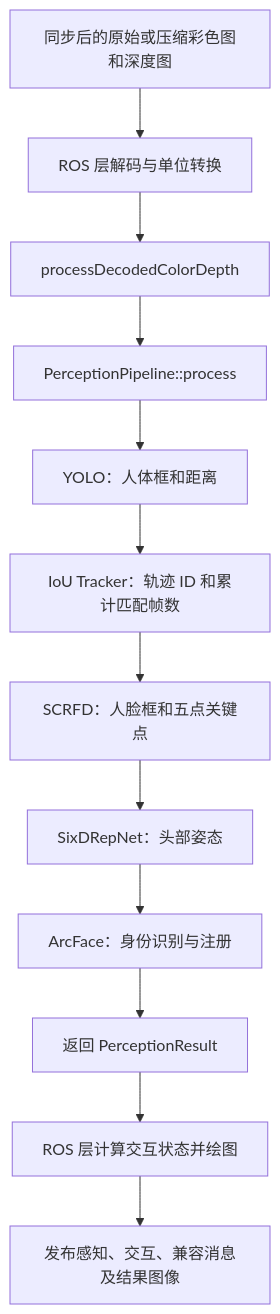
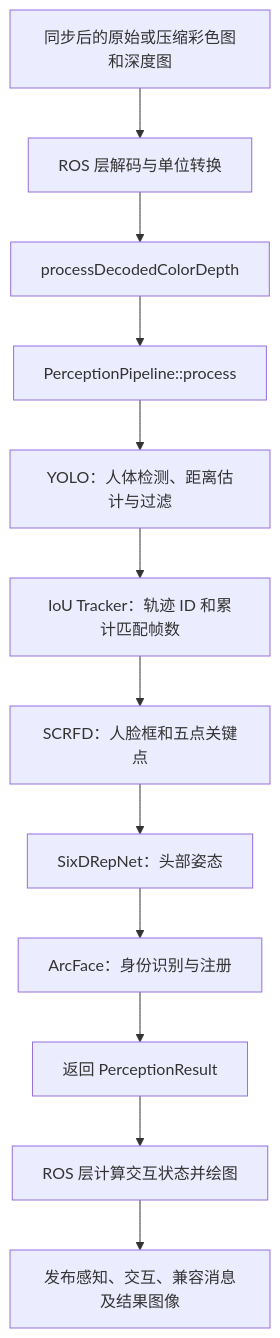
One commit to chj0728/vision_ws changed the first of 3 diagrams in src/trt_infer_ros/READM_pipeline.md. Above: the diagram before and after it, drawn with Mermaid. The commit also changed other lines of this file and 3 other files, not shown here.

````diff
--- a/src/trt_infer_ros/READM_pipeline.md
+++ b/src/trt_infer_ros/READM_pipeline.md
@@ -26,14 +26,14 @@
 ```mermaid
 flowchart TD
     A[同步后的原始或压缩彩色图和深度图] --> B[ROS 层解码与单位转换]
     B --> C[processDecodedColorDepth]
     C --> D[PerceptionPipeline::process]
-    D --> E[YOLO：人体框和距离]
+    D --> E[YOLO：人体检测、距离估计与过滤]
     E --> F[IoU Tracker：轨迹 ID 和累计匹配帧数]
     F --> G[SCRFD：人脸框和五点关键点]
     G --> H[SixDRepNet：头部姿态]
     H --> I[ArcFace：身份识别与注册]
     I --> J[返回 PerceptionResult]
     J --> K[ROS 层计算交互状态并绘图]
     K --> L[发布感知、交互、兼容消息及结果图像]
 ```
````
